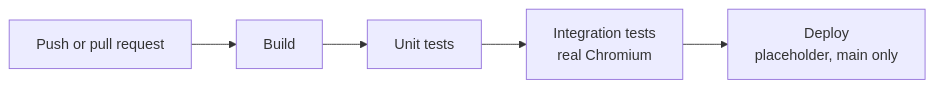
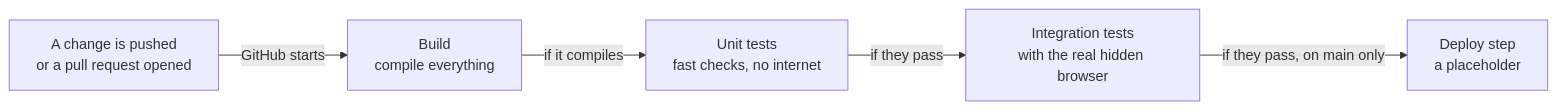
Diagram 12 of 13 in docs/architecture.md (SunchokePasta/Plannr), drawn with Mermaid before and after one commit. The commit also changed other lines of this file and 3 other files, not shown here.

First line of the commit message:
Rewrite the architecture page around a glossary and labelled steps

````diff
--- a/docs/architecture.md
+++ b/docs/architecture.md
@@ -412,7 +421,7 @@
 ```mermaid
 flowchart LR
-  push["Push or pull request"] --> build["Build"]
-  build --> unit["Unit tests"]
-  unit --> integ["Integration tests<br/>real Chromium"]
-  integ --> deploy["Deploy<br/>placeholder, main only"]
+  push["A change is pushed<br/>or a pull request opened"] -->|"GitHub starts"| build["Build<br/>compile everything"]
+  build -->|"if it compiles"| unit["Unit tests<br/>fast checks, no internet"]
+  unit -->|"if they pass"| integ["Integration tests<br/>with the real hidden browser"]
+  integ -->|"if they pass, on main only"| deploy["Deploy step<br/>a placeholder"]
 ```
````
